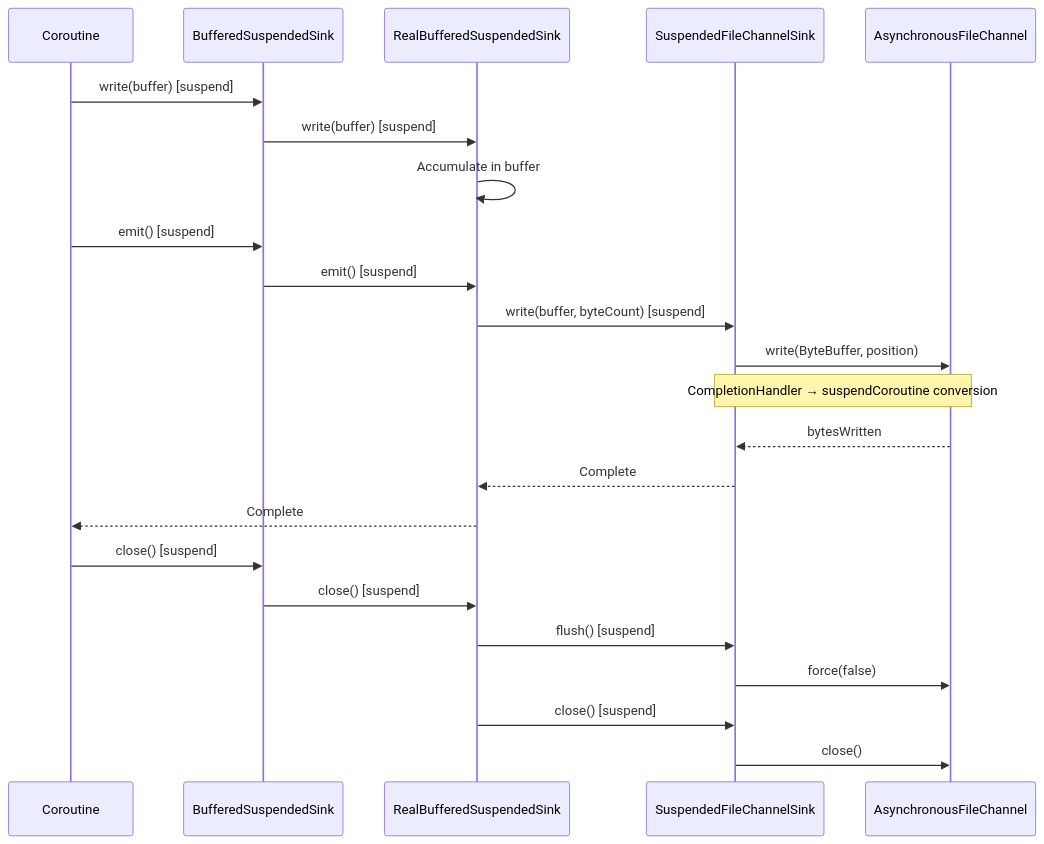
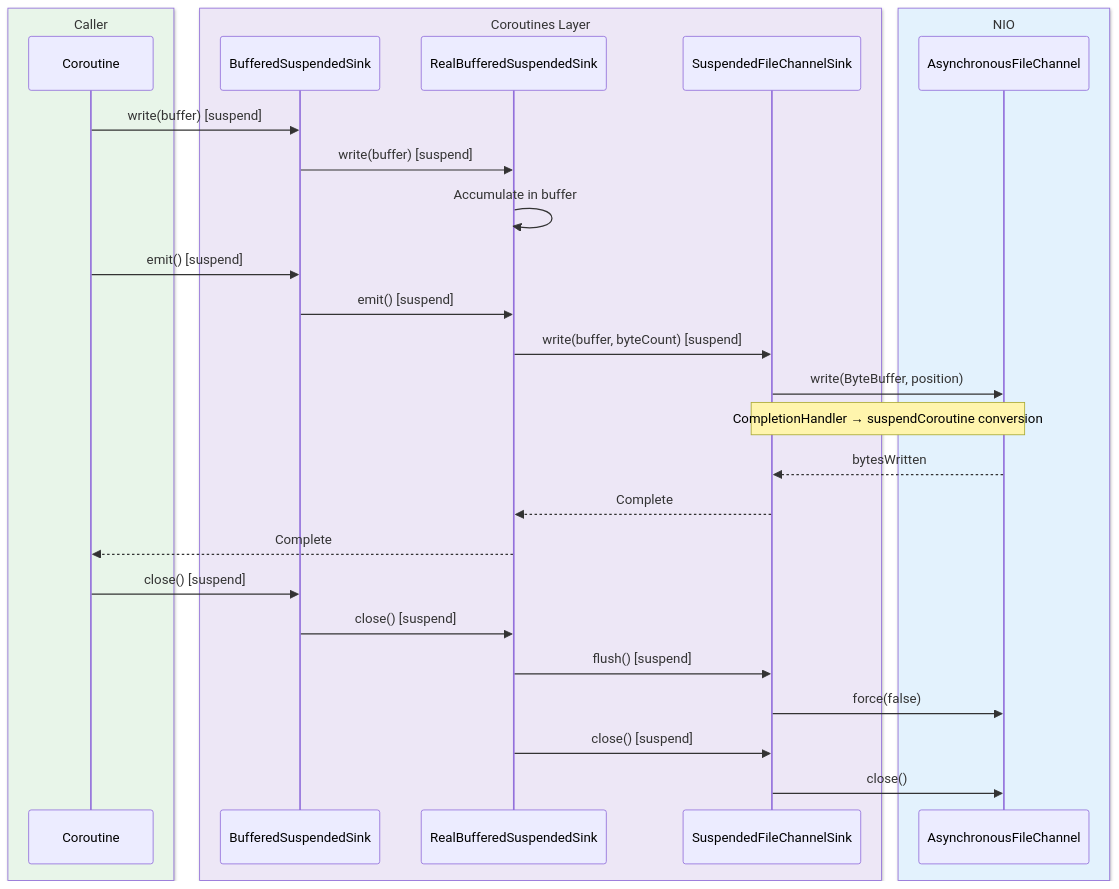
Before and after one commit to bluetape4k/bluetape4k-projects: the ninth of 9 diagrams in io/okio/README.md, drawn with Mermaid. The commit also changed other lines of this file and 221 other files, not shown here.

First line of the commit message:
docs: 전체 모듈 README UML 다이어그램 보강 및 색상 업그레이드

````diff
--- a/io/okio/README.md
+++ b/io/okio/README.md
@@ -650,27 +704,33 @@
 ```mermaid
 sequenceDiagram
-    participant C as Coroutine
-    participant BS as BufferedSuspendedSink
-    participant RS as RealBufferedSuspendedSink
-    participant FS as SuspendedFileChannelSink
-    participant CH as AsynchronousFileChannel
+    box rgb(232, 245, 233) Caller
+        participant C as Coroutine
+    end
+    box rgb(237, 231, 246) Coroutines Layer
+        participant BS as BufferedSuspendedSink
+        participant RS as RealBufferedSuspendedSink
+        participant FS as SuspendedFileChannelSink
+    end
+    box rgb(227, 242, 253) NIO
+        participant CH as AsynchronousFileChannel
+    end
 
     C->>BS: write(buffer) [suspend]
     BS->>RS: write(buffer) [suspend]
     RS->>RS: Accumulate in buffer
     C->>BS: emit() [suspend]
     BS->>RS: emit() [suspend]
     RS->>FS: write(buffer, byteCount) [suspend]
     FS->>CH: write(ByteBuffer, position)
     Note over FS,CH: CompletionHandler → suspendCoroutine conversion
     CH-->>FS: bytesWritten
     FS-->>RS: Complete
     RS-->>C: Complete
 
     C->>BS: close() [suspend]
     BS->>RS: close() [suspend]
     RS->>FS: flush() [suspend]
     FS->>CH: force(false)
     RS->>FS: close() [suspend]
     FS->>CH: close()
 ```
````
